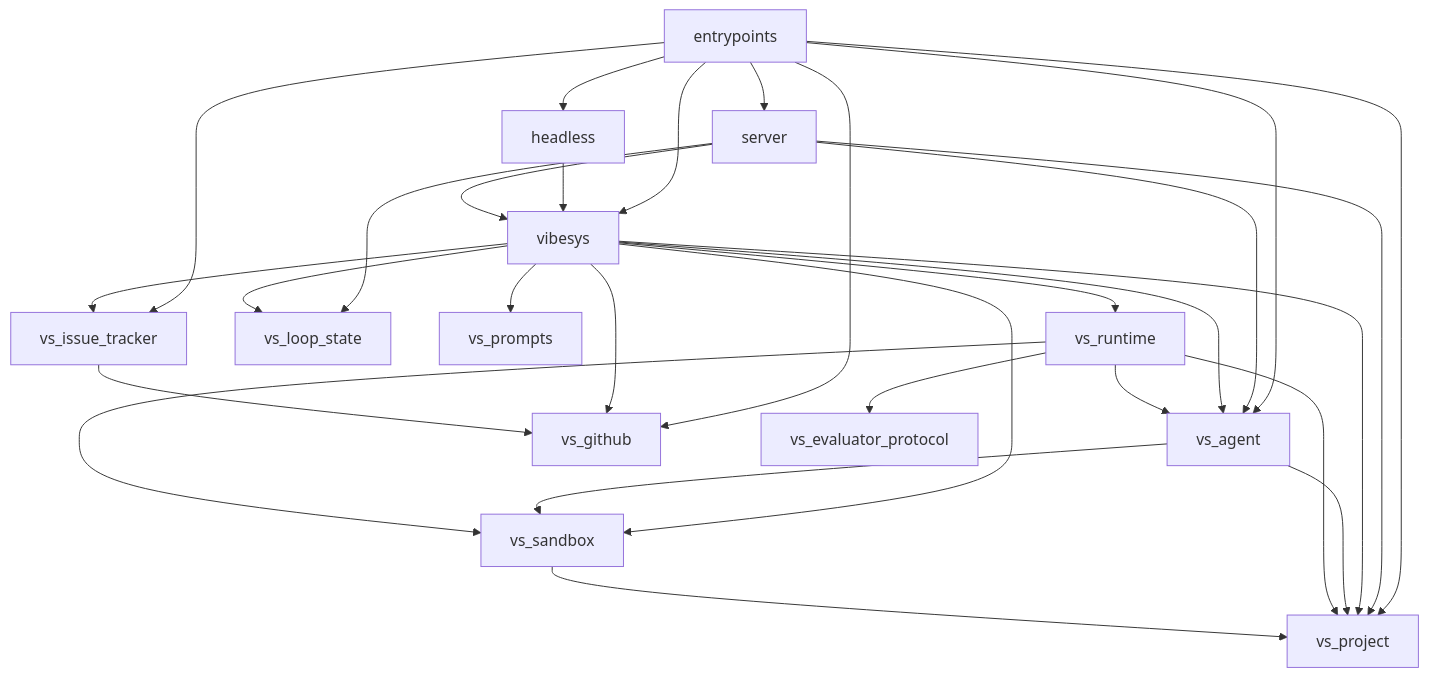
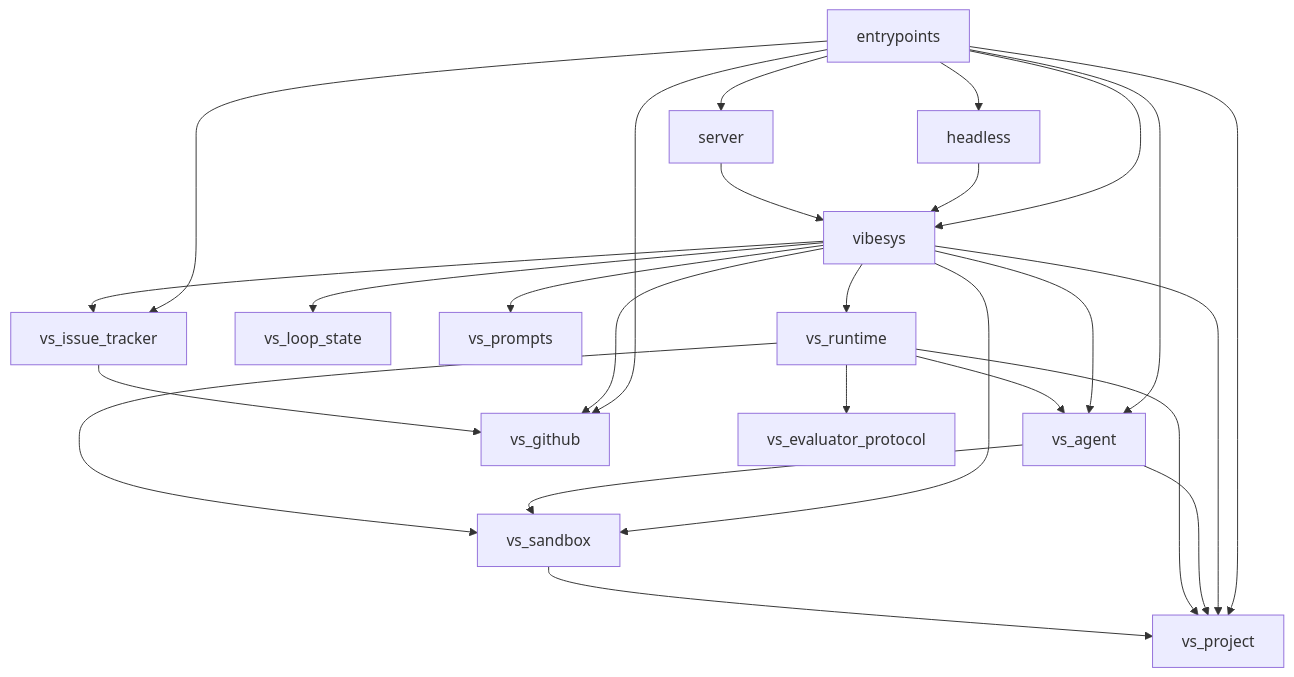
The first of 3 diagrams in docs/contributing/architecture.md (uw-syfi/vibesys), drawn with Mermaid before and after one commit. The commit also changed other lines of this file and 1 other file, not shown here.

````diff
--- a/docs/contributing/architecture.md
+++ b/docs/contributing/architecture.md
@@ -43,31 +43,28 @@
 ```mermaid
 graph TD
     entrypoints --> headless
     entrypoints --> server
     entrypoints --> vibesys
     entrypoints --> vs_agent
     entrypoints --> vs_github
     entrypoints --> vs_issue_tracker
     entrypoints --> vs_project
     headless --> vibesys
     server --> vibesys
-    server --> vs_agent
-    server --> vs_loop_state
-    server --> vs_project
     vibesys --> vs_agent
     vibesys --> vs_github
     vibesys --> vs_issue_tracker
     vibesys --> vs_loop_state
     vibesys --> vs_project
     vibesys --> vs_prompts
     vibesys --> vs_runtime
     vibesys --> vs_sandbox
     vs_agent --> vs_project
     vs_agent --> vs_sandbox
     vs_issue_tracker --> vs_github
     vs_runtime --> vs_agent
     vs_runtime --> vs_evaluator_protocol
     vs_runtime --> vs_project
     vs_runtime --> vs_sandbox
     vs_sandbox --> vs_project
 ```
````
